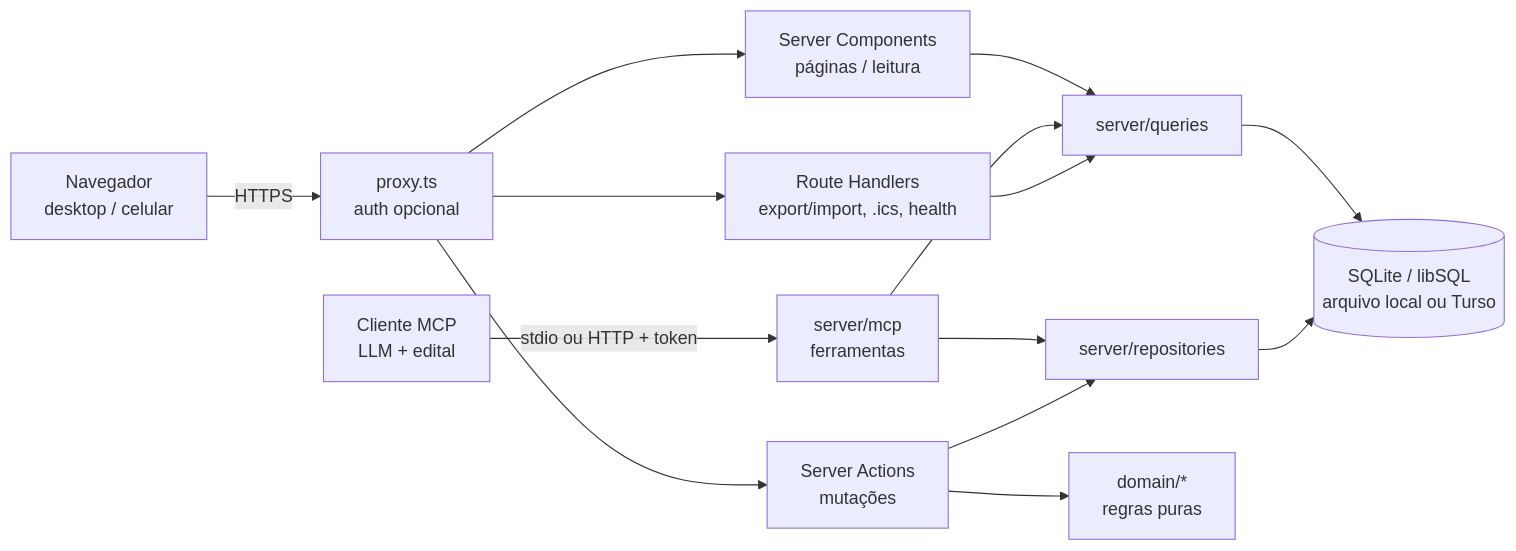
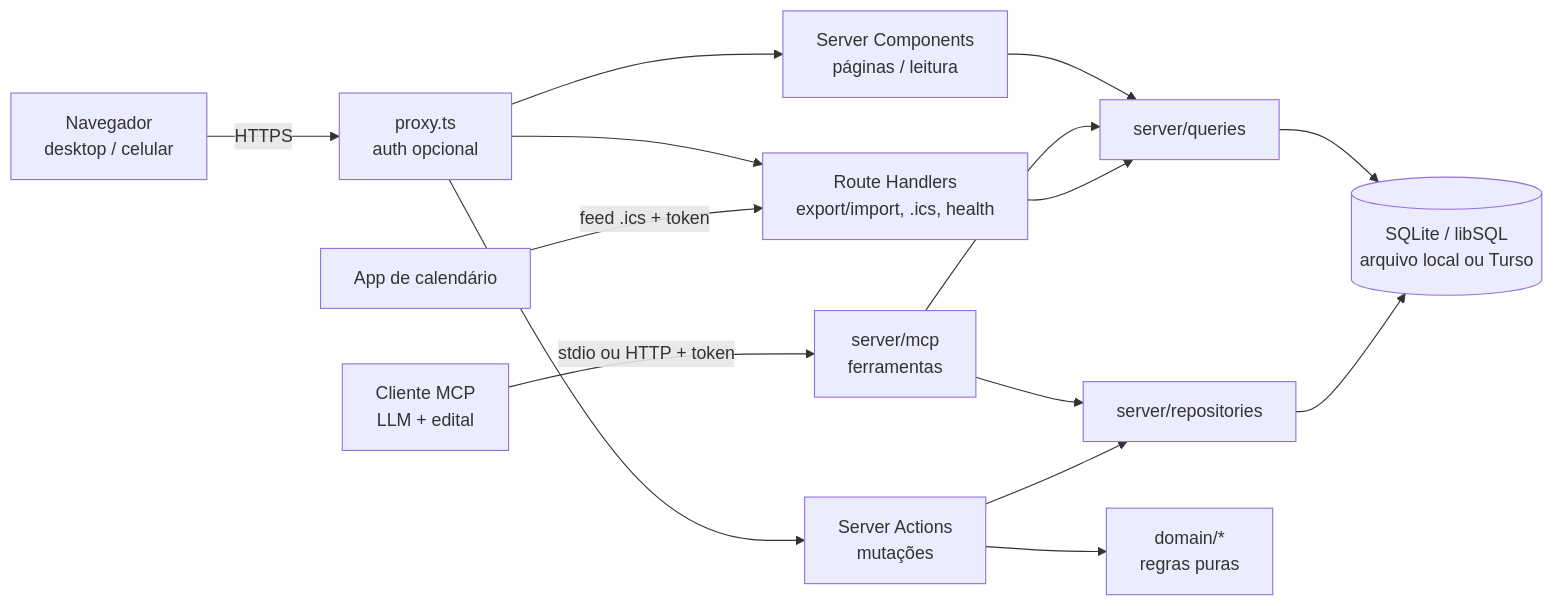
One commit to rkenjiak/concurso changed the first of 2 diagrams in docs/ARQUITETURA.md. Above: the diagram before and after it, drawn with Mermaid. The commit also changed other lines of this file and 46 other files, not shown here.

First line of the commit message:
feat(lembretes): feed .ics, notificações no app e sugestão de status

````diff
--- a/docs/ARQUITETURA.md
+++ b/docs/ARQUITETURA.md
@@ -36,16 +36,17 @@
 ```mermaid
 flowchart LR
   U[Navegador<br/>desktop / celular] -->|HTTPS| MW[proxy.ts<br/>auth opcional]
   MW --> RSC[Server Components<br/>páginas / leitura]
   MW --> SA[Server Actions<br/>mutações]
   MW --> RH[Route Handlers<br/>export/import, .ics, health]
+  CAL[App de calendário] -->|feed .ics + token| RH
   LLM[Cliente MCP<br/>LLM + edital] -->|stdio ou HTTP + token| MCP[server/mcp<br/>ferramentas]
   RSC --> Q[server/queries]
   MCP --> Q
   MCP --> R
   SA --> D[domain/*<br/>regras puras]
   SA --> R[server/repositories]
   Q --> DB[(SQLite / libSQL<br/>arquivo local ou Turso)]
   R --> DB
   RH --> Q
 ```
````
